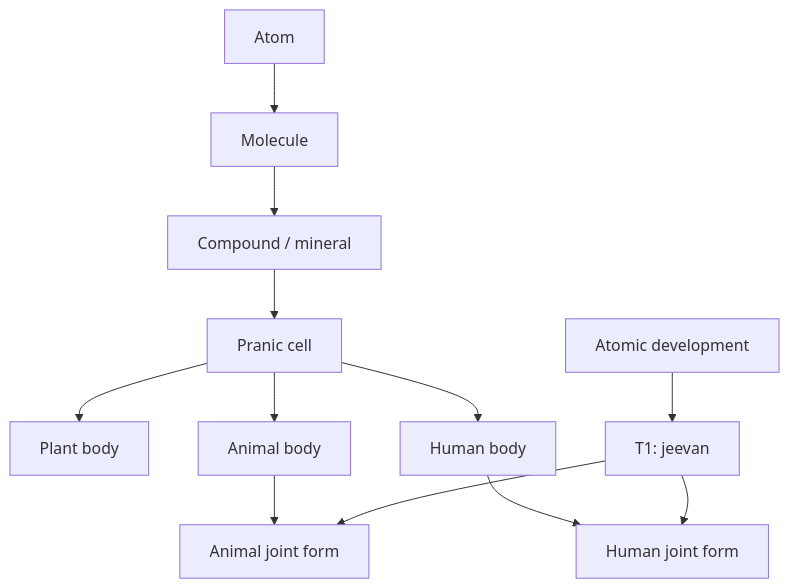
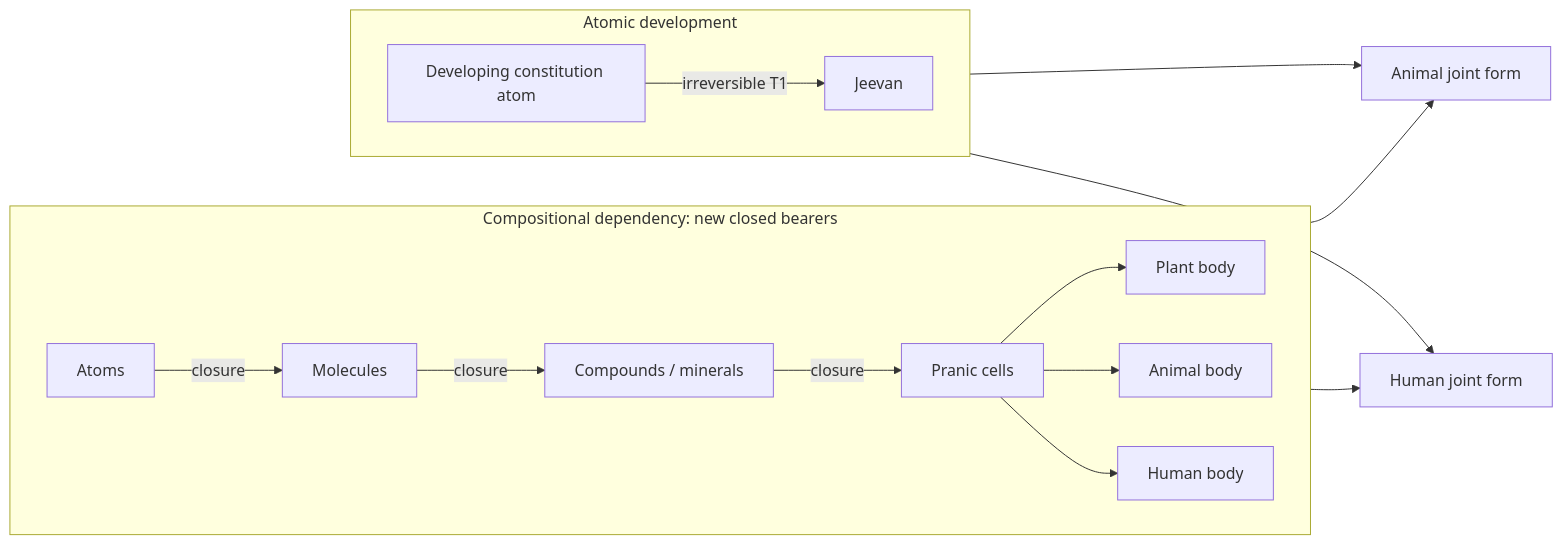
One commit to raghavamohan/AnalyticMadhyasthDarshan changed the third of 7 diagrams in Studies/A-State-Dynamic-Model-Of-Coexistence/A-State-Dynamic-Model-Of-Coexistence.md. Above: the diagram before and after it, drawn with Mermaid. The commit also changed other lines of this file and 8 other files, not shown here.

````diff
--- a/Studies/A-State-Dynamic-Model-Of-Coexistence/A-State-Dynamic-Model-Of-Coexistence.md
+++ b/Studies/A-State-Dynamic-Model-Of-Coexistence/A-State-Dynamic-Model-Of-Coexistence.md
@@ -190,14 +243,20 @@
 ```mermaid
-flowchart TD
-    ATOM["Atom"] --> MOL["Molecule"]
-    MOL --> COMP["Compound / mineral"]
-    COMP --> CELL["Pranic cell"]
-    CELL --> PLANT["Plant body"]
-    CELL --> ANBODY["Animal body"]
-    CELL --> HUMBODY["Human body"]
-    DEV["Atomic development"] --> T1["T1: jeevan"]
+flowchart LR
+    subgraph COMPOSITION["Compositional dependency: new closed bearers"]
+      direction LR
+      ATOM["Atoms"] -->|"closure"| MOL["Molecules"]
+      MOL -->|"closure"| COMP["Compounds / minerals"]
+      COMP -->|"closure"| CELL["Pranic cells"]
+      CELL --> PLANT["Plant body"]
+      CELL --> ANBODY["Animal body"]
+      CELL --> HUMBODY["Human body"]
+    end
+    subgraph ATOMIC["Atomic development"]
+      direction LR
+      DEV["Developing constitution atom"] -->|"irreversible T1"| T1["Jeevan"]
+    end
     ANBODY --> ANIMAL["Animal joint form"]
     T1 --> ANIMAL
     HUMBODY --> HUMAN["Human joint form"]
     T1 --> HUMAN
 ```
````
